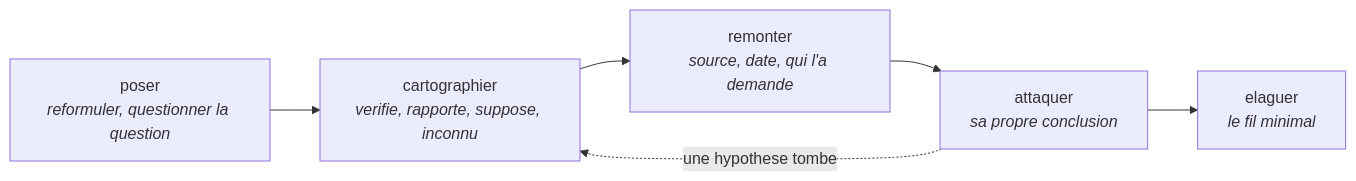
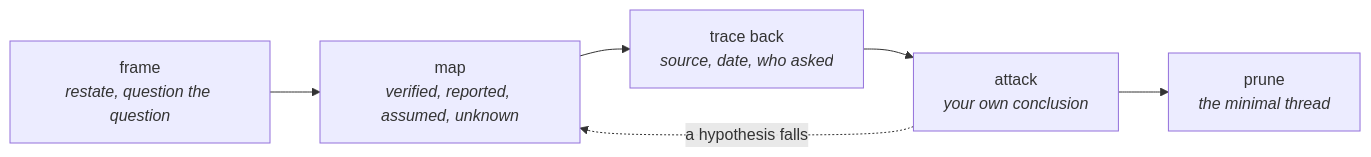
The diagram in skills/challenger-le-sujet/SKILL.md (MasterLaplace/LplCraftSkills), drawn with Mermaid before and after one commit. The commit also changed 16 other files, not shown here.

First line of the commit message:
docs: Mermaid diagram text moves to English, the prose stays French

````diff
--- a/skills/challenger-le-sujet/SKILL.md
+++ b/skills/challenger-le-sujet/SKILL.md
@@ -45,8 +45,8 @@
 ```mermaid
 flowchart LR
-  P["poser<br/><i>reformuler, questionner la question</i>"] --> M["cartographier<br/><i>verifie, rapporte, suppose, inconnu</i>"]
-  M --> R["remonter<br/><i>source, date, qui l'a demande</i>"]
-  R --> A["attaquer<br/><i>sa propre conclusion</i>"]
-  A --> E["elaguer<br/><i>le fil minimal</i>"]
-  A -.->|"une hypothese tombe"| M
+  P["frame<br/><i>restate, question the question</i>"] --> M["map<br/><i>verified, reported, assumed, unknown</i>"]
+  M --> R["trace back<br/><i>source, date, who asked</i>"]
+  R --> A["attack<br/><i>your own conclusion</i>"]
+  A --> E["prune<br/><i>the minimal thread</i>"]
+  A -.->|"a hypothesis falls"| M
 ```
````
